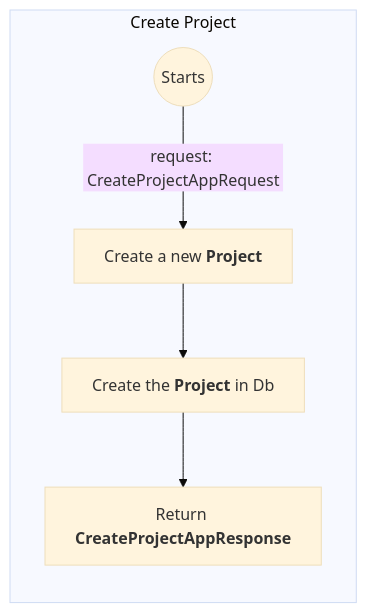
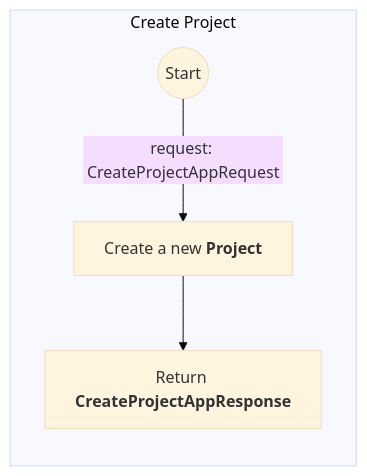
One commit to sdlfly2000/DomainBasedDesigner changed the first of 2 diagrams in AI/Actions/ProjectAppService.md. Above: the diagram before and after it, drawn with Mermaid (base theme). The commit also changed other lines of this file, not shown here.

Commit message:
Update ProjectAppService AI md

````diff
--- a/AI/Actions/ProjectAppService.md
+++ b/AI/Actions/ProjectAppService.md
@@ -34,14 +34,9 @@
     ```mermaid
         graph TB
             subgraph main [Create Project]
                 direction TB
-                start(("Start"s)) -->                
-
+                start(("Start")) -->
                 |request: CreateProjectAppRequest| newProject["`Create a new **Project**`"] -->
-
-                CreateProject["`Create the **Project** in Db`"] -->
-
-                %% {/* return new CreateProjectAppResponse(request.Id, true, null)  */}
                 return["`Return **CreateProjectAppResponse**`"]
             end
     ```
````
